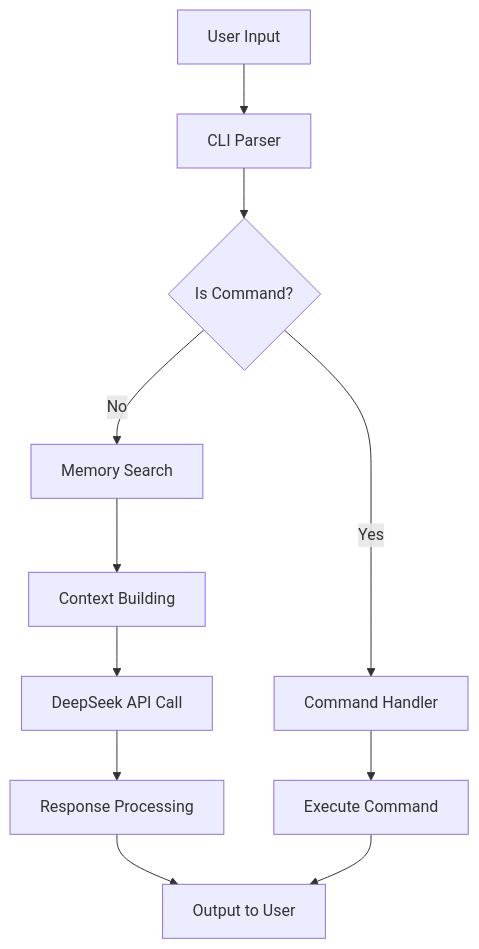
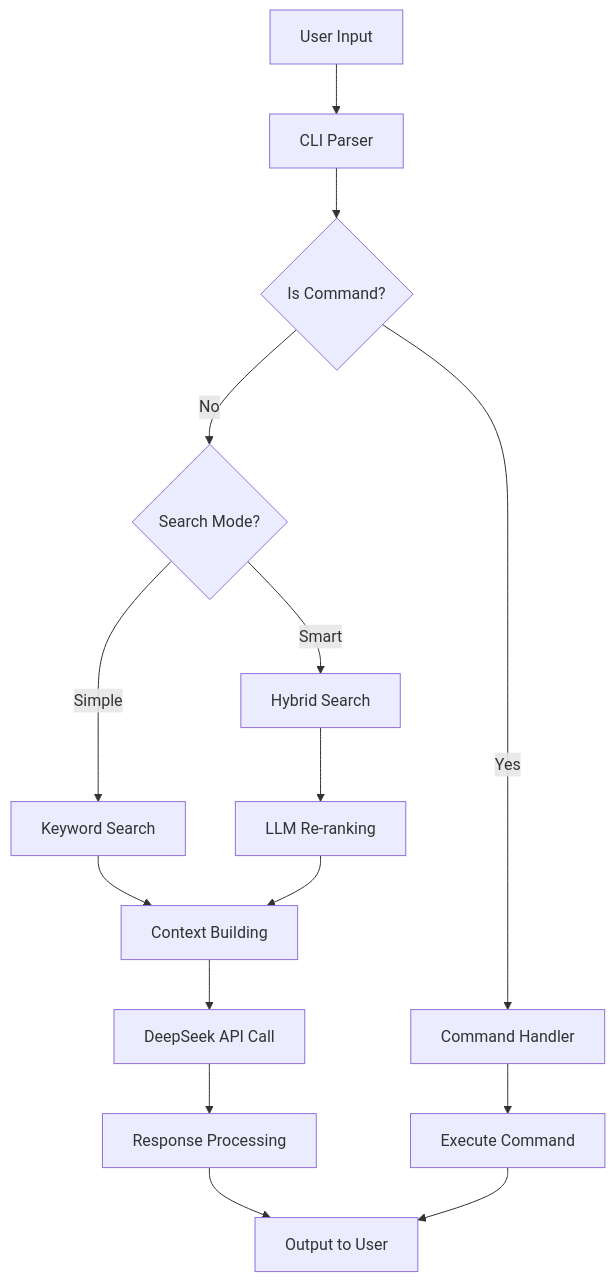
One commit to freealma/chat_alma changed the diagram in doc/alma.md. Above: the diagram before and after it, drawn with Mermaid. The commit also changed other lines of this file and 7 other files, not shown here.

````diff
--- a/doc/alma.md
+++ b/doc/alma.md
@@ -35,13 +37,17 @@
 ```mermaid
 graph TD
     A[User Input] --> B[CLI Parser]
     B --> C{Is Command?}
     C -->|Yes| D[Command Handler]
-    C -->|No| E[Memory Search]
-    D --> F[Execute Command]
-    E --> G[Context Building]
-    G --> H[DeepSeek API Call]
-    H --> I[Response Processing]
-    I --> J[Output to User]
-    F --> J
+    C -->|No| E{Search Mode?}
+    E -->|Simple| F[Keyword Search]
+    E -->|Smart| G[Hybrid Search]
+    F --> H[Context Building]
+    G --> I[LLM Re-ranking]
+    I --> H
+    D --> J[Execute Command]
+    H --> K[DeepSeek API Call]
+    K --> L[Response Processing]
+    L --> M[Output to User]
+    J --> M
 ```
````
